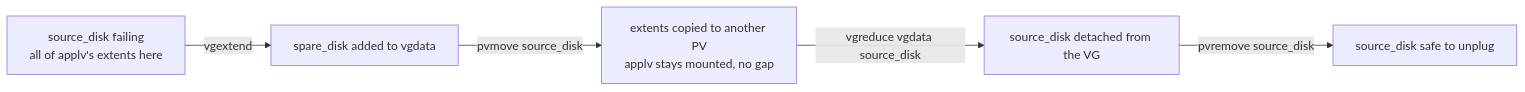
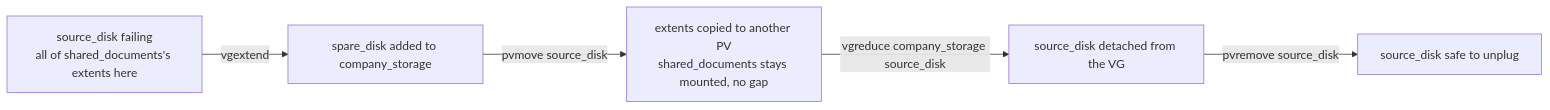
The diagram in sections/section-030/module-02/course.md (astrona-io/ATS004), drawn with Mermaid before and after one commit. The commit also changed other lines of this file and 10 other files, not shown here.

````diff
--- a/sections/section-030/module-02/course.md
+++ b/sections/section-030/module-02/course.md
@@ -16,7 +16,7 @@
 ```mermaid
 flowchart LR
-    A["source_disk failing<br/>all of applv's extents here"] -->|vgextend| B["spare_disk added to vgdata"]
-    B -->|pvmove source_disk| C["extents copied to another PV<br/>applv stays mounted, no gap"]
-    C -->|vgreduce vgdata source_disk| D["source_disk detached from the VG"]
+    A["source_disk failing<br/>all of shared_documents's extents here"] -->|vgextend| B["spare_disk added to company_storage"]
+    B -->|pvmove source_disk| C["extents copied to another PV<br/>shared_documents stays mounted, no gap"]
+    C -->|vgreduce company_storage source_disk| D["source_disk detached from the VG"]
     D -->|pvremove source_disk| E["source_disk safe to unplug"]
 ```
````
